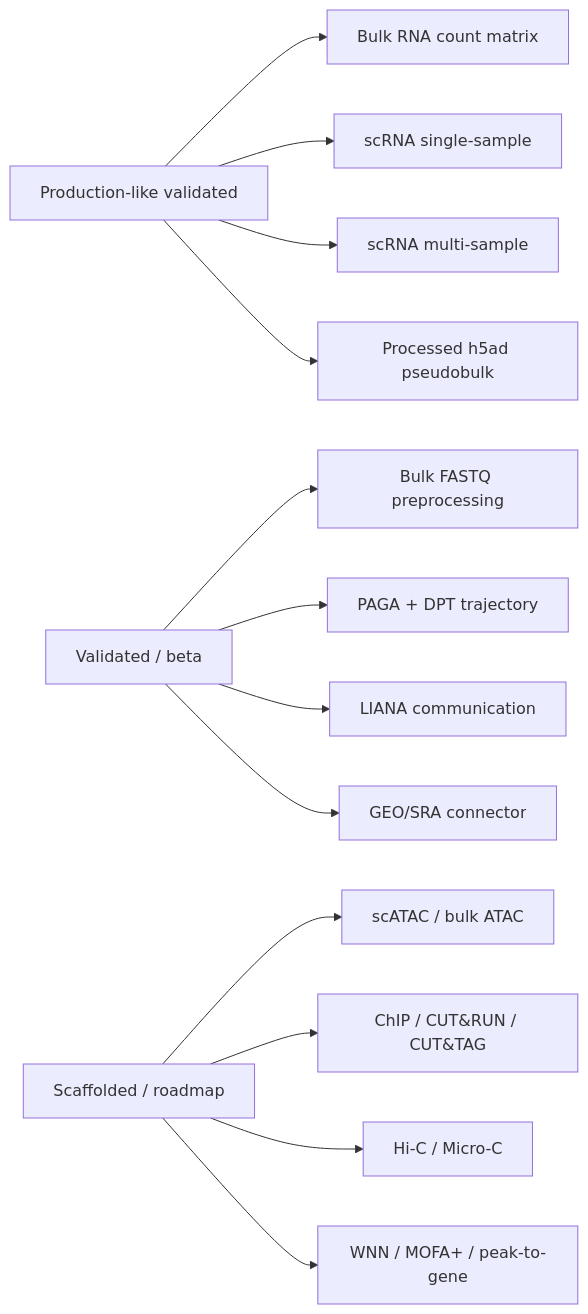
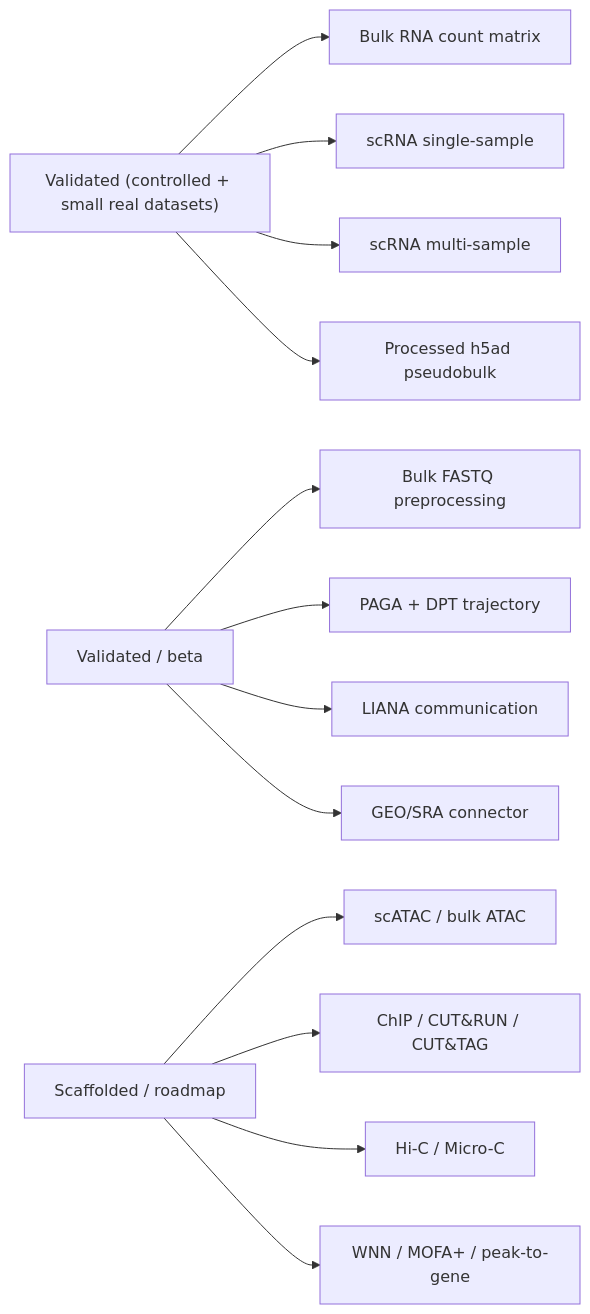
The diagram in docs/diagrams/validation_boundary.mmd (Olascoaga/aria-omics), drawn with Mermaid before and after one commit. The commit also changed 6 other files, not shown here.

```diff
--- a/docs/diagrams/validation_boundary.mmd
+++ b/docs/diagrams/validation_boundary.mmd
@@ -1,13 +1,13 @@
 flowchart LR
-    A[Production-like validated] --> A1[Bulk RNA count matrix]
+    A["Validated (controlled + small real datasets)"] --> A1[Bulk RNA count matrix]
     A --> A2[scRNA single-sample]
     A --> A3[scRNA multi-sample]
     A --> A4[Processed h5ad pseudobulk]
     B[Validated / beta] --> B1[Bulk FASTQ preprocessing]
     B --> B2[PAGA + DPT trajectory]
     B --> B3[LIANA communication]
     B --> B4[GEO/SRA connector]
     C[Scaffolded / roadmap] --> C1[scATAC / bulk ATAC]
     C --> C2[ChIP / CUT&RUN / CUT&TAG]
     C --> C3[Hi-C / Micro-C]
     C --> C4[WNN / MOFA+ / peak-to-gene]
```
